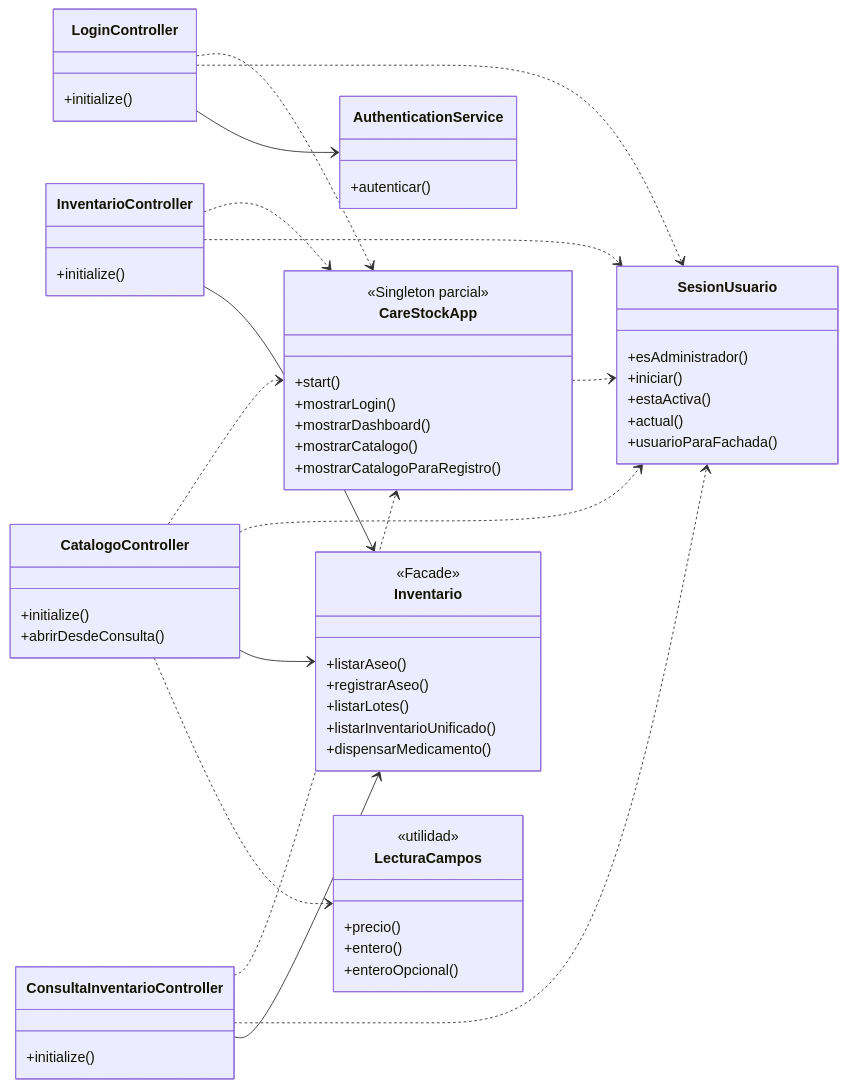
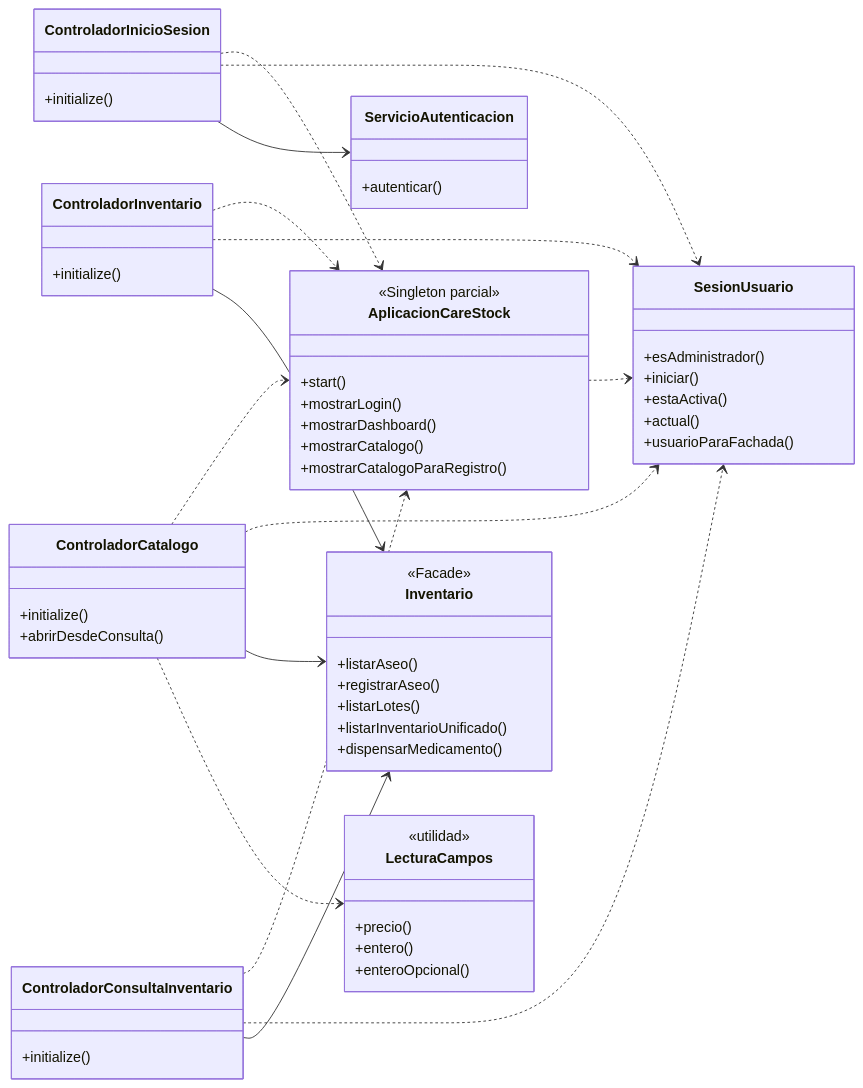
Before and after one commit to puj-course/FIS_2630_1204_G1: the first of 4 diagrams in docs/diagramas/DIAGRAMA_CLASES_ACTUAL.md, drawn with Mermaid. The commit also changed other lines of this file and 121 other files, not shown here.

````diff
--- a/docs/diagramas/DIAGRAMA_CLASES_ACTUAL.md
+++ b/docs/diagramas/DIAGRAMA_CLASES_ACTUAL.md
@@ -9,63 +9,63 @@
 ```mermaid
 classDiagram
     direction LR
-    class CareStockApp {
+    class AplicacionCareStock {
         <<Singleton parcial>>
         +start()
         +mostrarLogin()
         +mostrarDashboard()
         +mostrarCatalogo()
         +mostrarCatalogoParaRegistro()
     }
     class SesionUsuario {
         +esAdministrador()
         +iniciar()
         +estaActiva()
         +actual()
         +usuarioParaFachada()
     }
-    class LoginController {
+    class ControladorInicioSesion {
         +initialize()
     }
-    class InventarioController {
+    class ControladorInventario {
         +initialize()
     }
-    class CatalogoController {
+    class ControladorCatalogo {
         +initialize()
         +abrirDesdeConsulta()
     }
-    class ConsultaInventarioController {
+    class ControladorConsultaInventario {
         +initialize()
     }
-    class AuthenticationService {
+    class ServicioAutenticacion {
         +autenticar()
     }
     class Inventario {
         <<Facade>>
         +listarAseo()
         +registrarAseo()
         +listarLotes()
         +listarInventarioUnificado()
         +dispensarMedicamento()
     }
     class LecturaCampos {
         <<utilidad>>
         +precio()
         +entero()
         +enteroOpcional()
     }
-    LoginController ..> CareStockApp
-    LoginController ..> SesionUsuario
-    InventarioController ..> CareStockApp
-    InventarioController ..> SesionUsuario
-    CatalogoController ..> CareStockApp
-    CatalogoController ..> SesionUsuario
-    ConsultaInventarioController ..> CareStockApp
-    ConsultaInventarioController ..> SesionUsuario
-    LoginController --> AuthenticationService
-    InventarioController --> Inventario
-    CatalogoController --> Inventario
-    ConsultaInventarioController --> Inventario
-    CatalogoController ..> LecturaCampos
-    CareStockApp ..> SesionUsuario
+    ControladorInicioSesion ..> AplicacionCareStock
+    ControladorInicioSesion ..> SesionUsuario
+    ControladorInventario ..> AplicacionCareStock
+    ControladorInventario ..> SesionUsuario
+    ControladorCatalogo ..> AplicacionCareStock
+    ControladorCatalogo ..> SesionUsuario
+    ControladorConsultaInventario ..> AplicacionCareStock
+    ControladorConsultaInventario ..> SesionUsuario
+    ControladorInicioSesion --> ServicioAutenticacion
+    ControladorInventario --> Inventario
+    ControladorCatalogo --> Inventario
+    ControladorConsultaInventario --> Inventario
+    ControladorCatalogo ..> LecturaCampos
+    AplicacionCareStock ..> SesionUsuario
 ```
````
